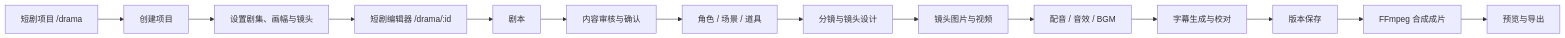
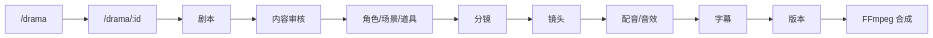
One commit to jiujiu532/JoveCanvas changed the fifth of 6 diagrams in README.md. Above: the diagram before and after it, drawn with Mermaid. The commit also changed other lines of this file and 2 other files, not shown here.

````diff
--- a/README.md
+++ b/README.md
@@ -185,17 +148,13 @@
 ```mermaid
 flowchart LR
-    LIST["短剧项目 /drama"] --> CREATE["创建项目"]
-    CREATE --> CONFIG["设置剧集、画幅与镜头"]
-    CONFIG --> EDITOR["短剧编辑器 /drama/:id"]
-
+    LIST["/drama"] --> EDITOR["/drama/:id"]
     EDITOR --> SCRIPT["剧本"]
-    SCRIPT --> REVIEW["内容审核与确认"]
-    REVIEW --> ASSETS["角色 / 场景 / 道具"]
-    ASSETS --> STORYBOARD["分镜与镜头设计"]
-    STORYBOARD --> SHOTS["镜头图片与视频"]
-    SHOTS --> AUDIO["配音 / 音效 / BGM"]
-    AUDIO --> SUBTITLE["字幕生成与校对"]
-    SUBTITLE --> VERSION["版本保存"]
-    VERSION --> COMPOSE["FFmpeg 合成成片"]
-    COMPOSE --> EXPORT["预览与导出"]
+    SCRIPT --> REVIEW["内容审核"]
+    REVIEW --> ASSETS["角色/场景/道具"]
+    ASSETS --> STORYBOARD["分镜"]
+    STORYBOARD --> SHOTS["镜头"]
+    SHOTS --> AUDIO["配音/音效"]
+    AUDIO --> SUB["字幕"]
+    SUB --> VERSION["版本"]
+    VERSION --> COMPOSE["FFmpeg 合成"]
 ```
````
